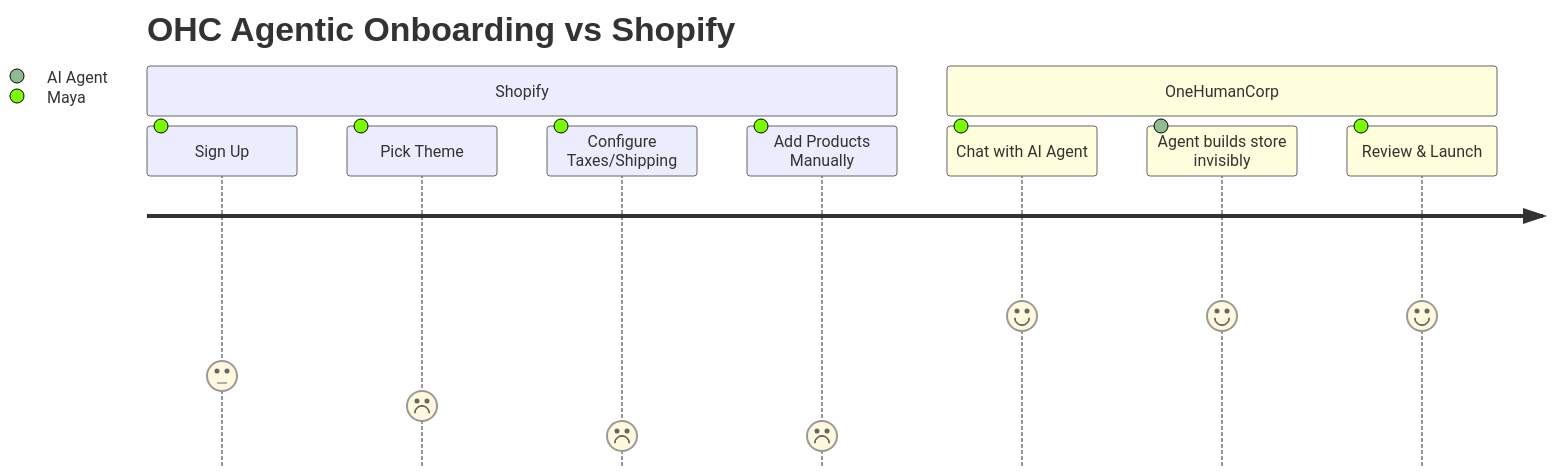
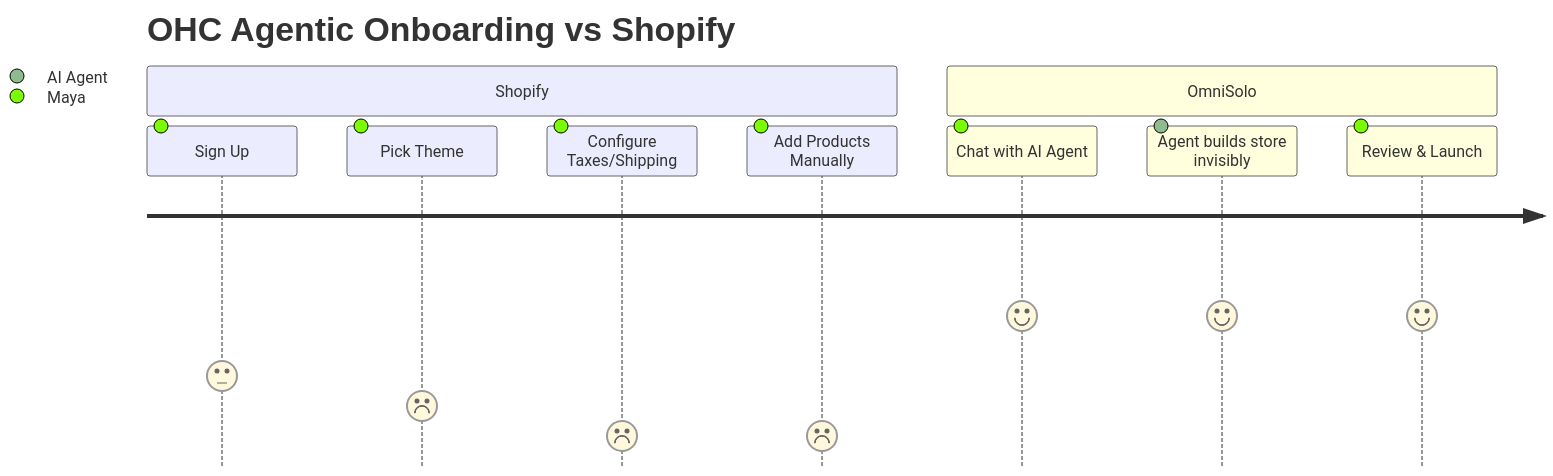
One commit to omnisolo-llc/onehumancorp changed the second of 2 diagrams in docs/research/[research]_small_business_platform_competitive_analysis_agentic_solutions.md. Above: the diagram before and after it, drawn with Mermaid. The commit also changed other lines of this file and 1263 other files, not shown here.

Commit message:
Complete persisted production routes and OmniSolo product branding

````diff
--- a/docs/research/[research]_small_business_platform_competitive_analysis_agentic_solutions.md
+++ b/docs/research/[research]_small_business_platform_competitive_analysis_agentic_solutions.md
@@ -99,13 +99,13 @@
 ```mermaid
 journey
   title OHC Agentic Onboarding vs Shopify
   section Shopify
     Sign Up: 3: Maya
     Pick Theme: 2: Maya
     Configure Taxes/Shipping: 1: Maya
     Add Products Manually: 1: Maya
-  section OneHumanCorp
+  section OmniSolo
     Chat with AI Agent: 5: Maya
     Agent builds store invisibly: 5: AI Agent
     Review & Launch: 5: Maya
 ```
````
